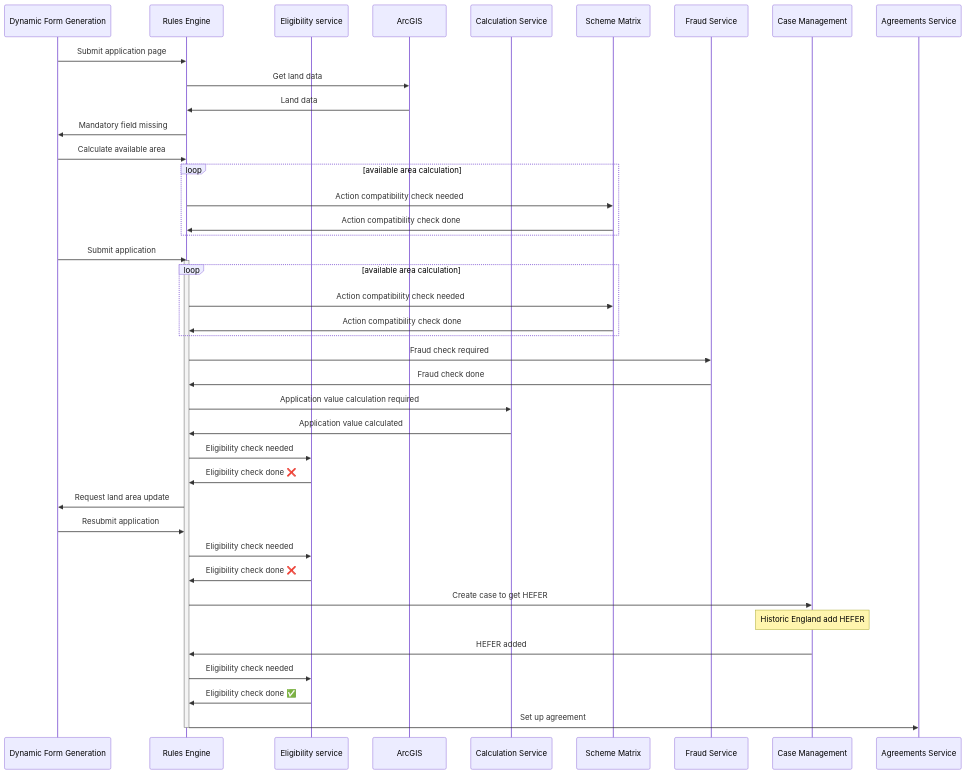
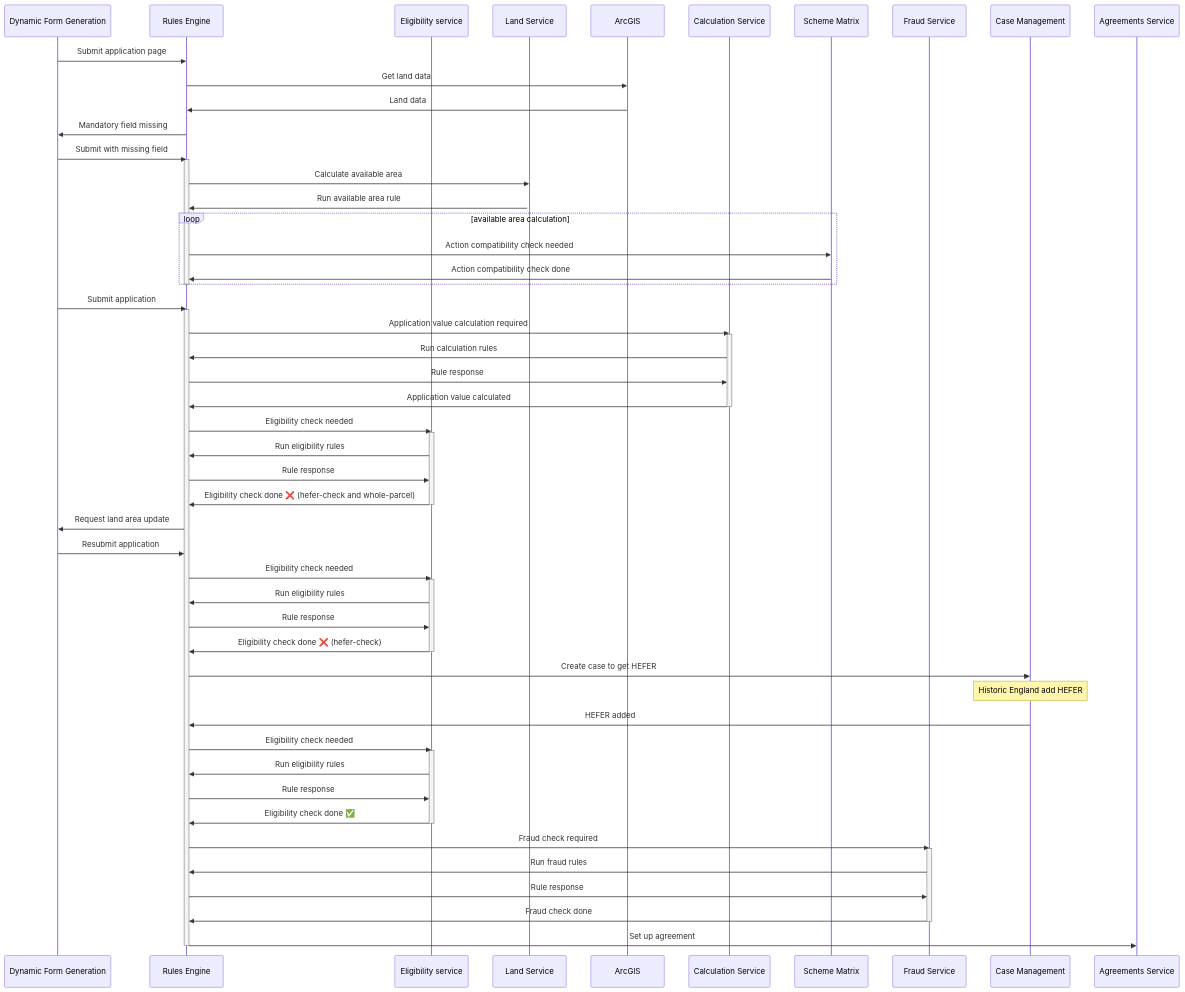
Before and after one commit to DEFRA/ffc-rps-experiment-api: the second of 2 diagrams in docs/sequence-diagrams/example-application-submission.md, drawn with Mermaid. The commit also changed other lines of this file, not shown here.

Commit message:
added new calls to the sequence diagram to represent new information from Defra architects

````diff
--- a/docs/sequence-diagrams/example-application-submission.md
+++ b/docs/sequence-diagrams/example-application-submission.md
@@ -55,54 +71,80 @@
 ```mermaid
 sequenceDiagram
     participant ui as Dynamic Form Generation
 
     participant re as Rules Engine    
     participant es as Eligibility service
+    participant ls as Land Service
     participant arc as ArcGIS
     participant cs as Calculation Service
     participant sm as Scheme Matrix
     participant fs as Fraud Service
     participant cm as Case Management
     participant as as Agreements Service
 
     ui->>re: Submit application page
     re->>arc: Get land data 
     arc->>re: Land data
     re->>ui: Mandatory field missing
-    ui->>re: Calculate available area
+    ui->>re: Submit with missing field 
+    activate re
+    re->>ls: Calculate available area
+    activate ls
+    ls->>re: Run available area rule
 
     loop available area calculation
-    re->>sm: Action compatibility check needed
-    sm->>re: Action compatibility check done
+        re->>sm: Action compatibility check needed
+        sm->>re: Action compatibility check done
     end
-
+    deactivate re
     ui->>re: Submit application
     
     activate re
 
-    loop available area calculation
-    re->>sm: Action compatibility check needed
-    sm->>re: Action compatibility check done
-    end
-    re->>fs: Fraud check required
-    fs->>re: Fraud check done
+
     re->>cs: Application value calculation required
+    activate cs
+    cs->>re: Run calculation rules 
+    re->>cs: Rule response
     cs->>re: Application value calculated
+    deactivate cs
     re->>es: Eligibility check needed
-    es->>re: Eligibility check done ❌
+    activate es
+    es->>re: Run eligibility rules 
+    re->>es: Rule response
+    
+    es->>re: Eligibility check done ❌ (hefer-check and whole-parcel)
+    deactivate es
     re->>ui: Request land area update
 
     ui->>re: Resubmit application
 
     re->>es: Eligibility check needed
-    es->>re: Eligibility check done ❌
+    activate es
+    es->>re: Run eligibility rules 
+    re->>es: Rule response
+
+    es->>re: Eligibility check done ❌ (hefer-check)
+    deactivate es
     re->>cm: Create case to get HEFER
     Note over cm: Historic England add HEFER
     cm->>re: HEFER added
     re->>es: Eligibility check needed
+    activate es
+    es->>re: Run eligibility rules 
+    re->>es: Rule response
+
     es->>re: Eligibility check done ✅
+    deactivate es
+    re->>fs: Fraud check required
+    activate fs
+
+    fs->>re: Run fraud rules 
+    re->>fs: Rule response
+    fs->>re: Fraud check done
+    deactivate fs
     re->>as: Set up agreement
     deactivate re
 
 
 ```
````
